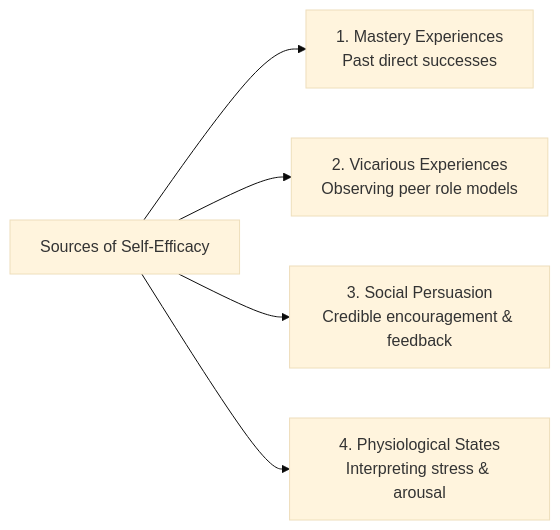
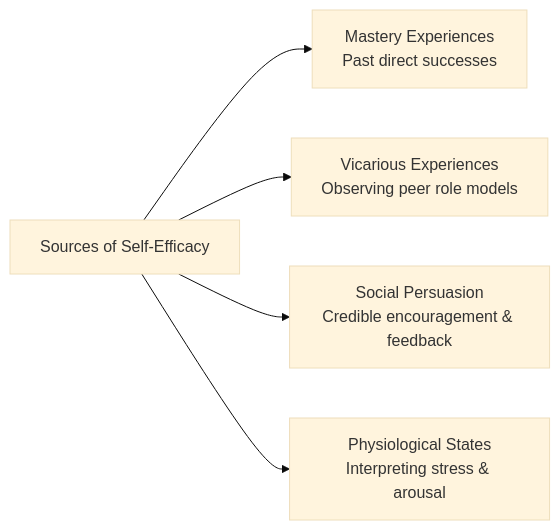
Before and after one commit to aidocmr/learn-bscs: the third of 5 diagrams in content/Year 1/Understanding the Self/12. Setting Goals for Success.md, drawn with Mermaid (base theme). The commit also changed other lines of this file and 20 other files, not shown here.

First line of the commit message:
fix: Remove markdown lists and numbered prefixes from all Mermaid diagrams

````diff
--- a/content/Year 1/Understanding the Self/12. Setting Goals for Success.md
+++ b/content/Year 1/Understanding the Self/12. Setting Goals for Success.md
@@ -63,7 +63,7 @@
 ```mermaid
 graph LR
-    Sources["Sources of Self-Efficacy"] --> ME["1. Mastery Experiences<br/>Past direct successes"]
-    Sources --> VE["2. Vicarious Experiences<br/>Observing peer role models"]
-    Sources --> SP["3. Social Persuasion<br/>Credible encouragement & feedback"]
-    Sources --> PS["4. Physiological States<br/>Interpreting stress & arousal"]
+    Sources["Sources of Self-Efficacy"] --> ME["Mastery Experiences<br/>Past direct successes"]
+    Sources --> VE["Vicarious Experiences<br/>Observing peer role models"]
+    Sources --> SP["Social Persuasion<br/>Credible encouragement & feedback"]
+    Sources --> PS["Physiological States<br/>Interpreting stress & arousal"]
 ```
````
